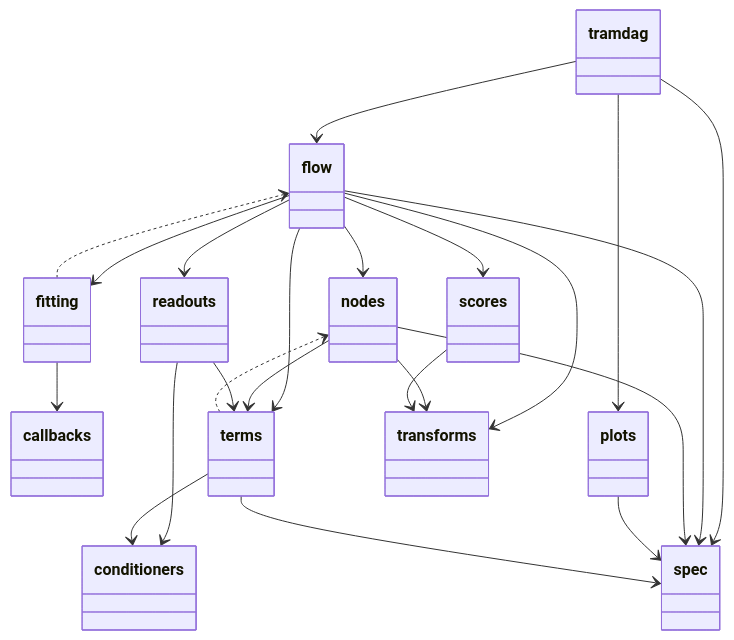
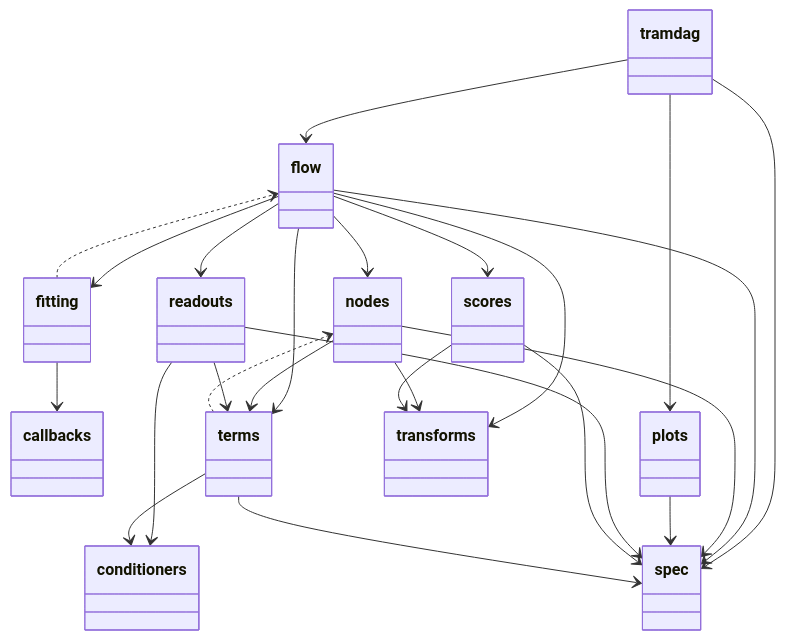
One commit to tensorchiefs/tramdag changed the third of 6 diagrams in docs/architecture.md. Above: the diagram before and after it, drawn with Mermaid. The commit also changed 2 other files, not shown here.

Commit message:
style: the section markers obey their own convention
Two modules broke the eight-section rule the repository sets for itself.

`nodes.py` carried a ninth, invented marker, `per-kind operations`. The four
functions under it are public, so the marker becomes `public functions` and
the block moves above the private class, which is where that section belongs.
The note explaining why the two node-kind branches live together stays with
them.

`terms.py` declared its sections out of order: public functions, then private
classes, then private functions. Private functions now come first, then public
functions, then private classes, then public classes.

Both changes move definitions only. The full suite still passes, including the
bit-exact state-dict tripwire.

The regenerated `docs/architecture.md` also picks up the `readouts -> spec`
and `scores -> spec` edges that the previous commit created when those modules
started importing `OrdinalNode`. The new continuous-integration check is what
surfaced that.

````diff
--- a/docs/architecture.md
+++ b/docs/architecture.md
@@ -151,49 +151,51 @@
 ```mermaid
 classDiagram
   class tramdag {
   }
   class callbacks {
   }
   class conditioners {
   }
   class fitting {
   }
   class flow {
   }
   class nodes {
   }
   class plots {
   }
   class readouts {
   }
   class scores {
   }
   class spec {
   }
   class terms {
   }
   class transforms {
   }
   tramdag --> flow
   tramdag --> plots
   tramdag --> spec
   fitting --> callbacks
   flow --> fitting
   flow --> nodes
   flow --> readouts
   flow --> scores
   flow --> spec
   flow --> terms
   flow --> transforms
   nodes --> spec
   nodes --> terms
   nodes --> transforms
   plots --> spec
   readouts --> conditioners
+  readouts --> spec
   readouts --> terms
+  scores --> spec
   scores --> transforms
   terms --> conditioners
   terms --> spec
   fitting ..> flow
   terms ..> nodes
 ```
````
